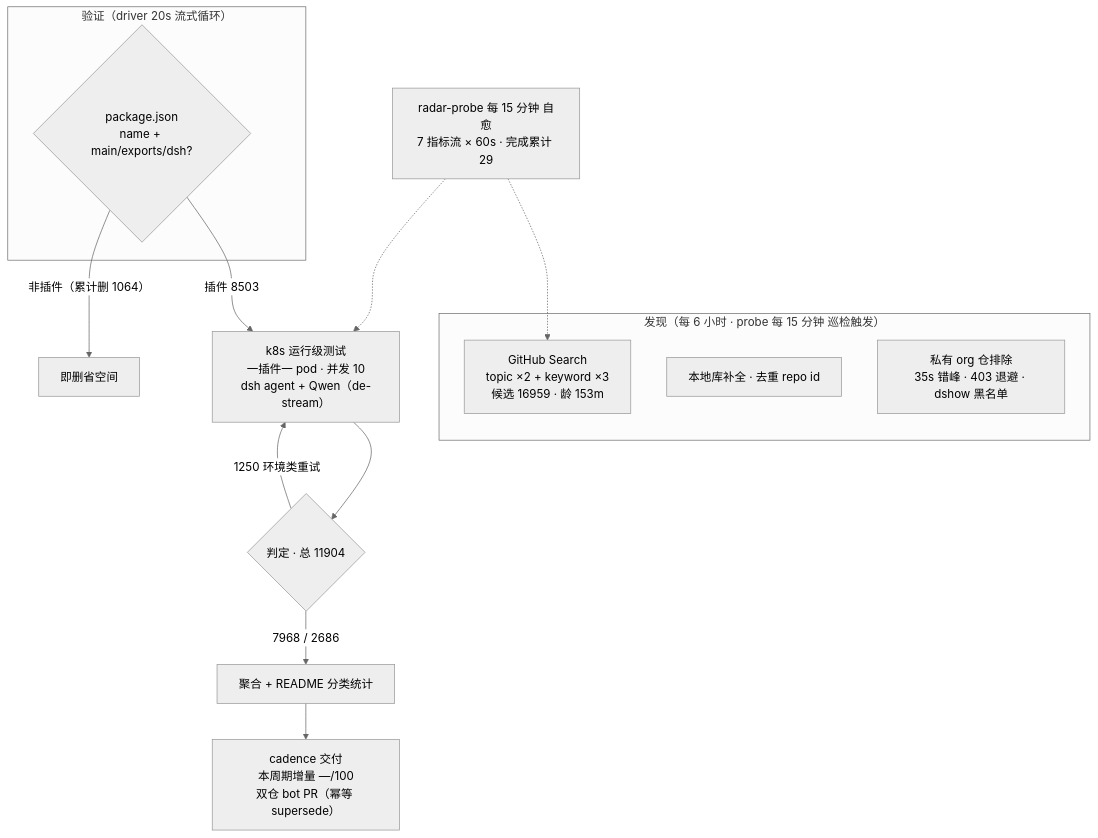
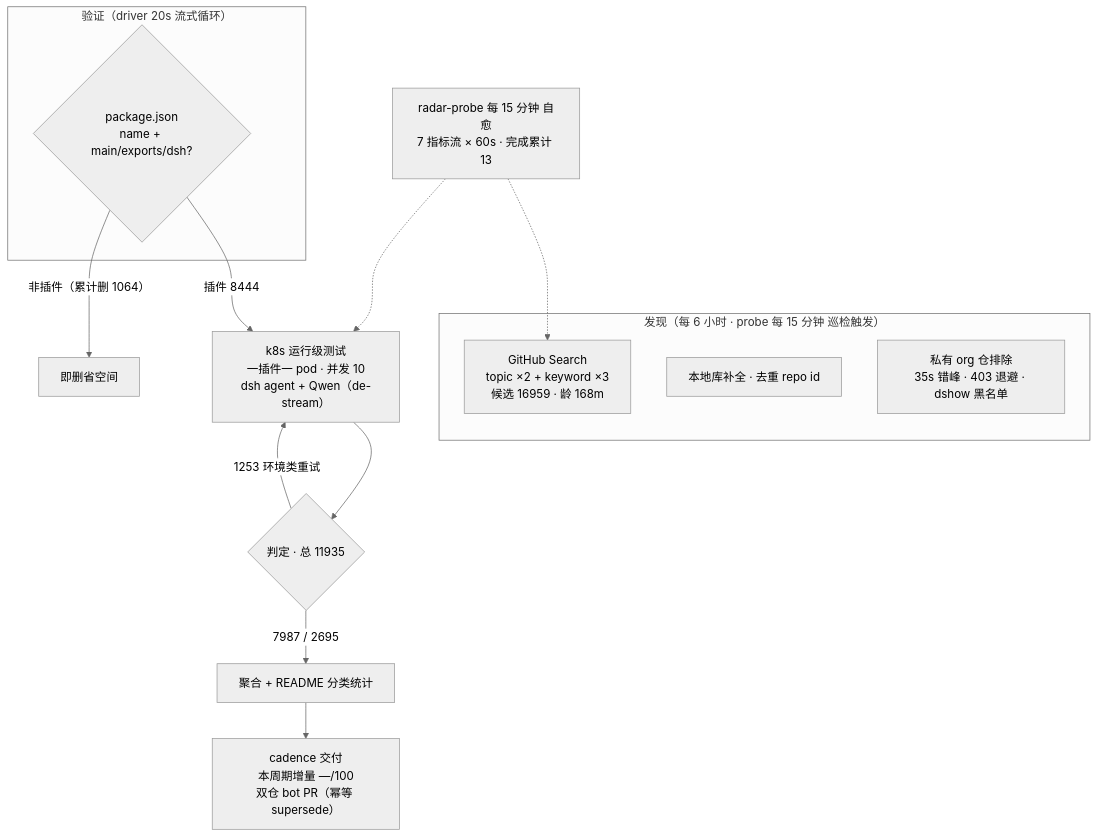
Before and after one commit to Zhidao-Lab-OSS/awesome-dsh-plugins: the diagram in README.md, drawn with Mermaid (neutral theme). The commit also changed other lines of this file and 1 other file, not shown here.

````diff
--- a/README.md
+++ b/README.md
@@ -52,20 +52,20 @@
 ```mermaid
 flowchart TB
     subgraph Discovery["发现（每 6 小时 · probe 每 15 分钟 巡检触发）"]
-        A1["GitHub Search<br/>topic ×2 + keyword ×3<br/>候选 16959 · 龄 153m"]
+        A1["GitHub Search<br/>topic ×2 + keyword ×3<br/>候选 16959 · 龄 168m"]
         A2["本地库补全 · 去重 repo id"]
         A3["私有 org 仓排除<br/>35s 错峰 · 403 退避 · dshow 黑名单"]
     end
     subgraph Validation["验证（driver 20s 流式循环）"]
         B1{"package.json<br/>name + main/exports/dsh?"}
     end
-    B1 -->|"插件 8503"| C1["k8s 运行级测试<br/>一插件一 pod · 并发 10<br/>dsh agent + Qwen（de-stream）"]
+    B1 -->|"插件 8444"| C1["k8s 运行级测试<br/>一插件一 pod · 并发 10<br/>dsh agent + Qwen（de-stream）"]
     B1 -->|"非插件（累计删 1064）"| B3["即删省空间"]
-    C1 --> D1{"判定 · 总 11904"}
-    D1 -->|"7968 / 2686"| E1["聚合 + README 分类统计"]
-    D1 -->|"1250 环境类重试"| C1
+    C1 --> D1{"判定 · 总 11935"}
+    D1 -->|"7987 / 2695"| E1["聚合 + README 分类统计"]
+    D1 -->|"1253 环境类重试"| C1
     E1 --> E2["cadence 交付<br/>本周期增量 —/100<br/>双仓 bot PR（幂等 supersede）"]
-    M["radar-probe 每 15 分钟 自愈<br/>7 指标流 × 60s · 完成累计 29"]
+    M["radar-probe 每 15 分钟 自愈<br/>7 指标流 × 60s · 完成累计 13"]
     M -.-> A1
     M -.-> C1
 ```
````
